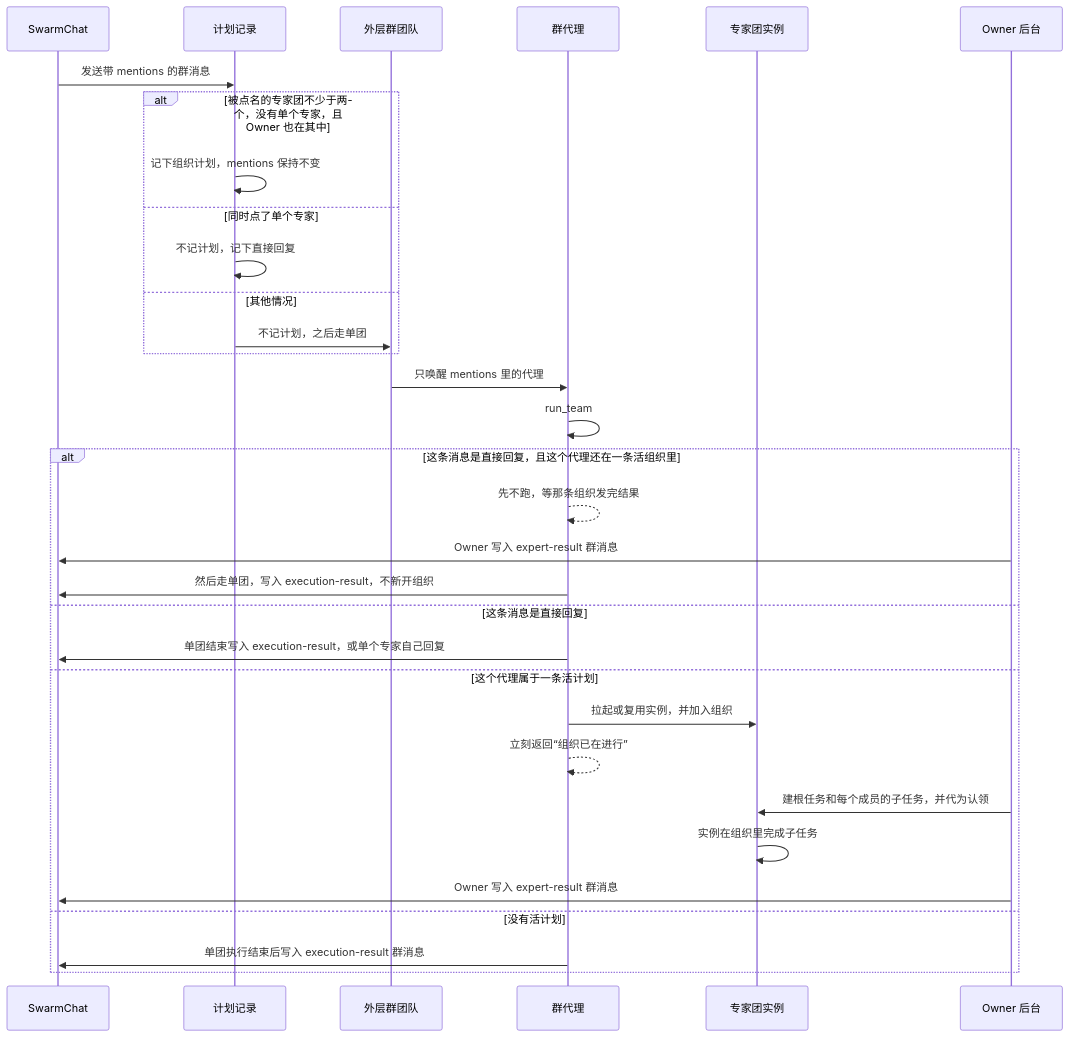
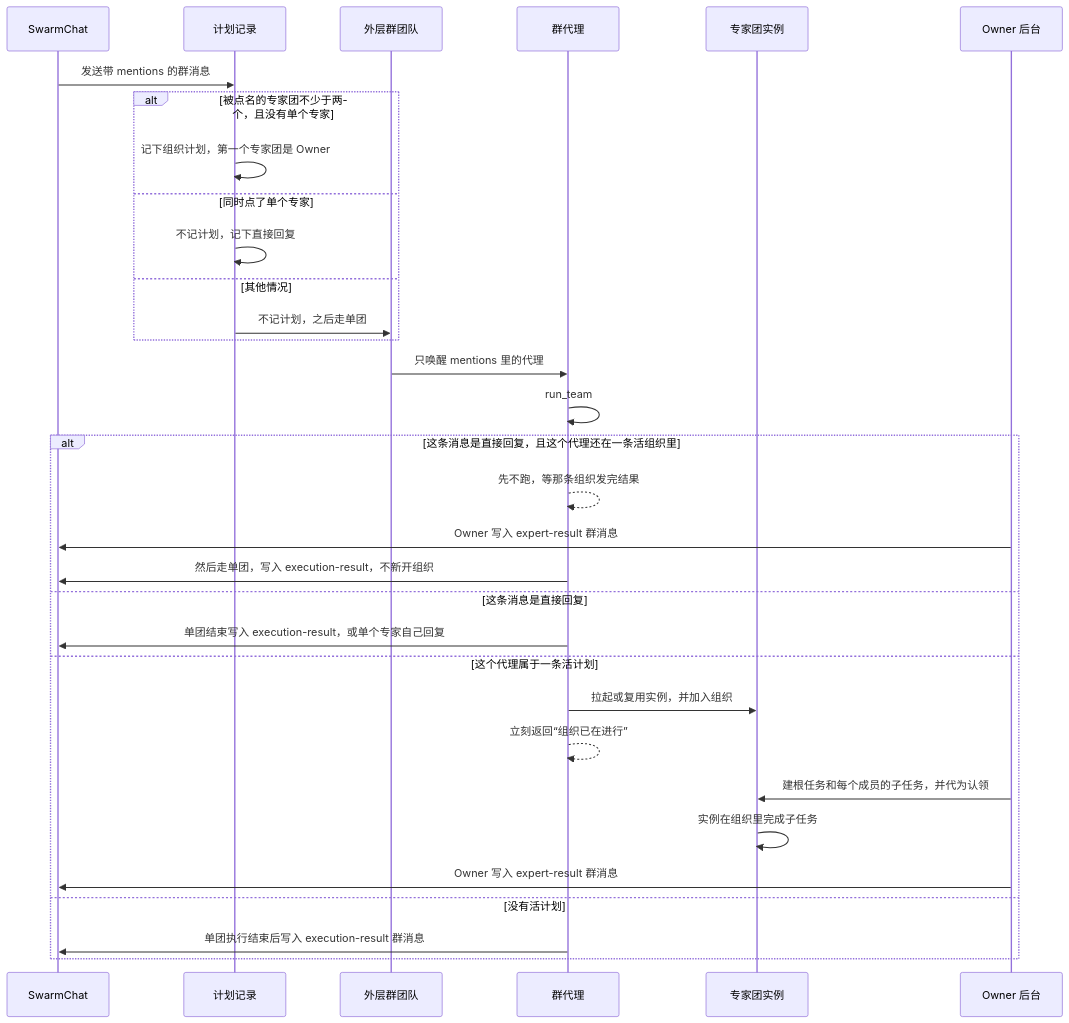
Before and after one commit to openJiuwen-ai/jiuwenswarm: the diagram in docs/zh/SwarmChat群聊专家团组织.md, drawn with Mermaid. The commit also changed other lines of this file and 3 other files, not shown here.

````diff
--- a/docs/zh/SwarmChat群聊专家团组织.md
+++ b/docs/zh/SwarmChat群聊专家团组织.md
@@ -30,35 +30,35 @@
 ```mermaid
 sequenceDiagram
     participant User as SwarmChat
     participant Gate as 计划记录
     participant Group as 外层群团队
     participant Proxy as 群代理
     participant Org as 专家团实例
     participant Owner as Owner 后台
 
     User->>Gate: 发送带 mentions 的群消息
-    alt 被点名的专家团不少于两个，没有单个专家，且 Owner 也在其中
-        Gate->>Gate: 记下组织计划，mentions 保持不变
+    alt 被点名的专家团不少于两个，且没有单个专家
+        Gate->>Gate: 记下组织计划，第一个专家团是 Owner
     else 同时点了单个专家
         Gate->>Gate: 不记计划，记下直接回复
     else 其他情况
         Gate->>Group: 不记计划，之后走单团
     end
     Group->>Proxy: 只唤醒 mentions 里的代理
     Proxy->>Proxy: run_team
     alt 这条消息是直接回复，且这个代理还在一条活组织里
         Proxy-->>Proxy: 先不跑，等那条组织发完结果
         Owner->>User: Owner 写入 expert-result 群消息
         Proxy->>User: 然后走单团，写入 execution-result，不新开组织
     else 这条消息是直接回复
         Proxy->>User: 单团结束写入 execution-result，或单个专家自己回复
     else 这个代理属于一条活计划
         Proxy->>Org: 拉起或复用实例，并加入组织
         Proxy-->>Proxy: 立刻返回“组织已在进行”
         Owner->>Org: 建根任务和每个成员的子任务，并代为认领
         Org->>Org: 实例在组织里完成子任务
         Owner->>User: Owner 写入 expert-result 群消息
     else 没有活计划
         Proxy->>User: 单团执行结束后写入 execution-result 群消息
     end
 ```
````
